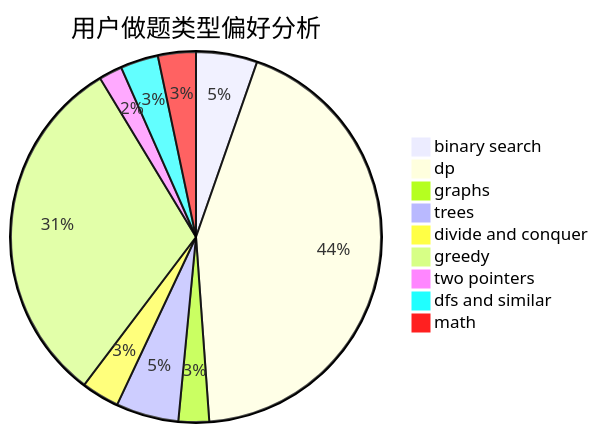
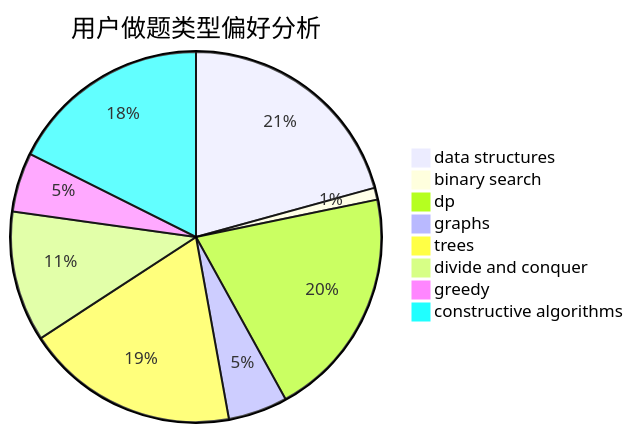
Before and after one commit to sherpahu/cfrs.github.io: the second of 3 diagrams in docs/user/u1558.md, drawn with Mermaid. The commit also changed other lines of this file and 2775 other files, not shown here.

````diff
--- a/docs/user/u1558.md
+++ b/docs/user/u1558.md
@@ -23,12 +23,11 @@
 ```mermaid
 pie title 用户做题类型偏好分析
-    "binary search" :  42
-    "dp" :  342
-    "graphs" :  21
-    "trees" :  43
-    "divide and conquer" :  26
-    "greedy" :  244
-    "two pointers" :  16
-    "dfs and similar" :  26
-    "math" :  26
+    "data structures" :  40
+    "binary search" :  2
+    "dp" :  39
+    "graphs" :  10
+    "trees" :  36
+    "divide and conquer" :  22
+    "greedy" :  10
+    "constructive algorithms" :  34
 ```
````
